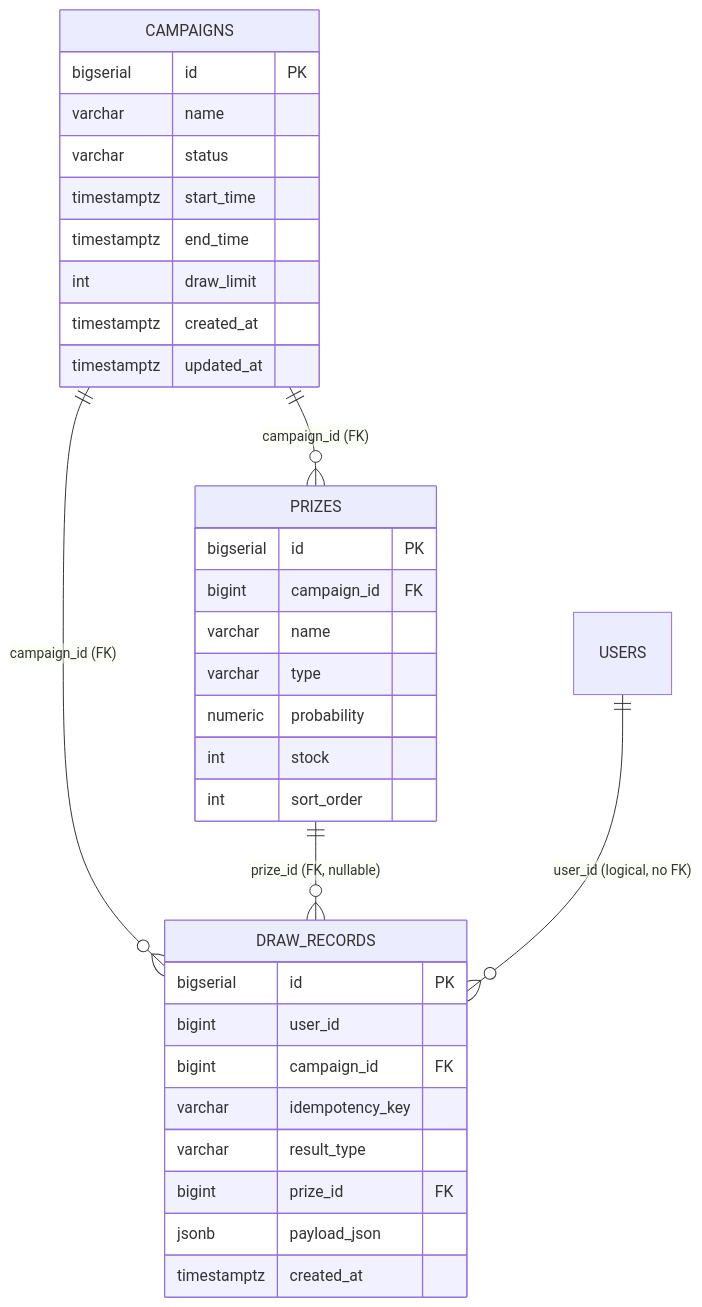
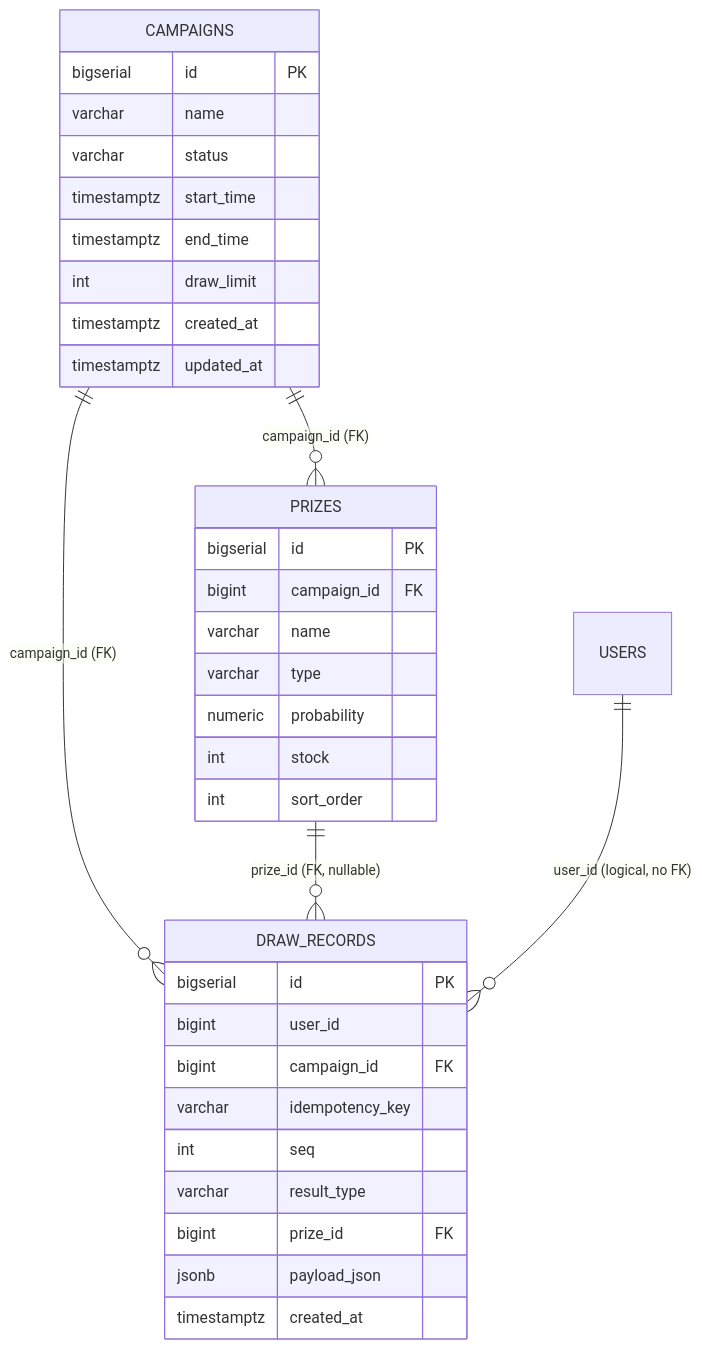
Before and after one commit to jjyung/lucky-draw-system: the diagram in docs/db/campaign-db.md, drawn with Mermaid. The commit also changed other lines of this file and 16 other files, not shown here.

````diff
--- a/docs/db/campaign-db.md
+++ b/docs/db/campaign-db.md
@@ -202,37 +206,38 @@
 ```mermaid
 erDiagram
     CAMPAIGNS ||--o{ PRIZES : "campaign_id (FK)"
     CAMPAIGNS ||--o{ DRAW_RECORDS : "campaign_id (FK)"
     PRIZES ||--o{ DRAW_RECORDS : "prize_id (FK, nullable)"
     USERS ||--o{ DRAW_RECORDS : "user_id (logical, no FK)"
 
     CAMPAIGNS {
         bigserial id PK
         varchar name
         varchar status
         timestamptz start_time
         timestamptz end_time
         int draw_limit
         timestamptz created_at
         timestamptz updated_at
     }
     PRIZES {
         bigserial id PK
         bigint campaign_id FK
         varchar name
         varchar type
         numeric probability
         int stock
         int sort_order
     }
     DRAW_RECORDS {
         bigserial id PK
         bigint user_id
         bigint campaign_id FK
         varchar idempotency_key
+        int seq
         varchar result_type
         bigint prize_id FK
         jsonb payload_json
         timestamptz created_at
     }
 ```
````
